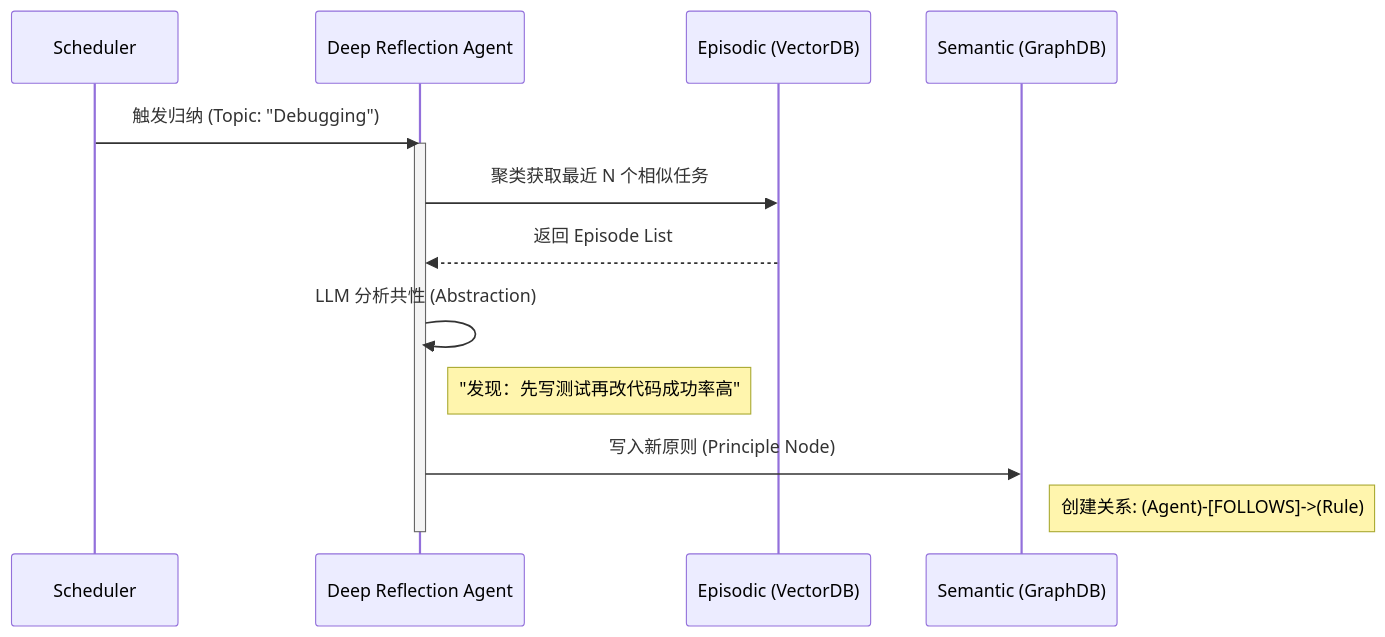
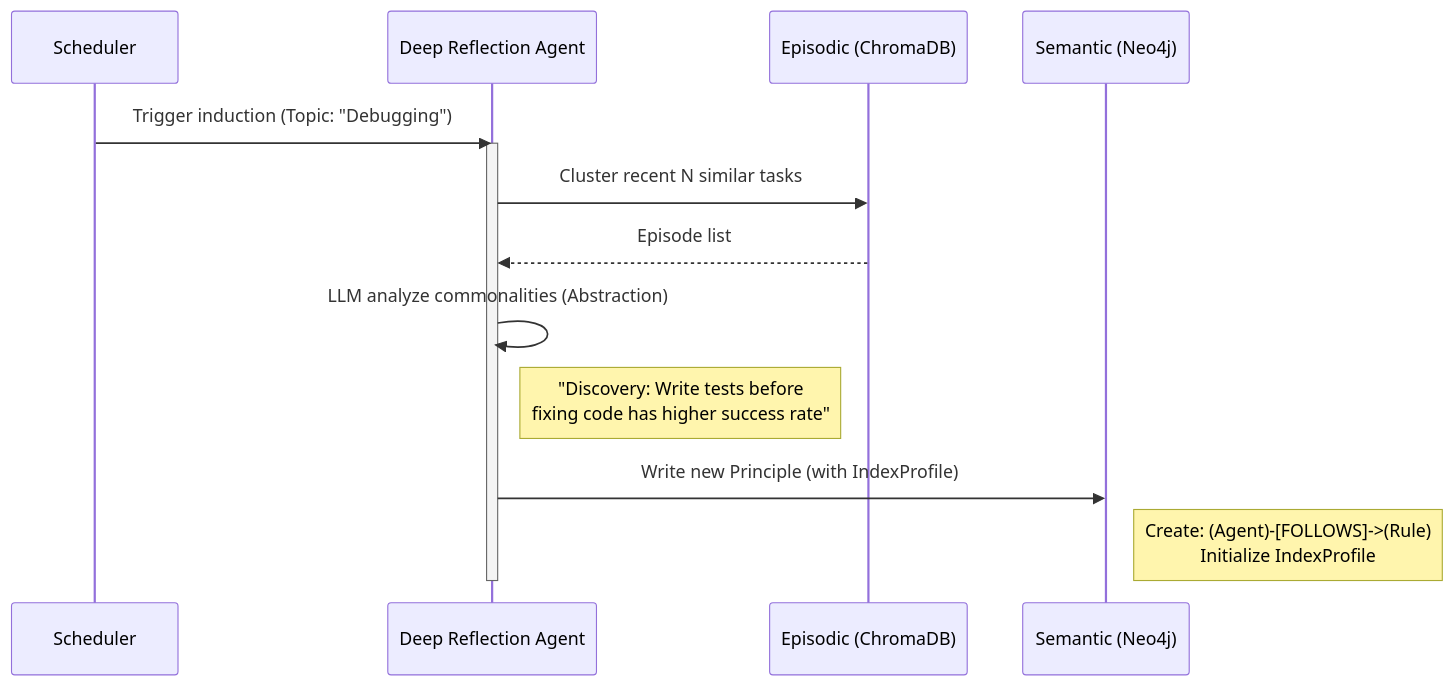
Before and after one commit to Lincyaw/h-mem: the third of 6 diagrams in docs/workflows.md, drawn with Mermaid. The commit also changed other lines of this file and 2 other files, not shown here.

````diff
--- a/docs/workflows.md
+++ b/docs/workflows.md
@@ -105,19 +252,19 @@
 ```mermaid
-sequenceDiagram  
-    participant SCH as Scheduler  
-    participant REF as Deep Reflection Agent  
-    participant VDB as Episodic (VectorDB)  
-    participant GDB as Semantic (GraphDB)
+sequenceDiagram
+    participant SCH as Scheduler
+    participant REF as Deep Reflection Agent
+    participant VDB as Episodic (ChromaDB)
+    participant GDB as Semantic (Neo4j)
 
-    SCH->>REF: 触发归纳 (Topic: "Debugging")  
-    activate REF  
-    REF->>VDB: 聚类获取最近 N 个相似任务  
-    VDB-->>REF: 返回 Episode List  
-      
-    REF->>REF: LLM 分析共性 (Abstraction)  
-    Note right of REF: "发现：先写测试再改代码成功率高"  
-      
-    REF->>GDB: 写入新原则 (Principle Node)  
-    Note right of GDB: 创建关系: (Agent)-[FOLLOWS]->(Rule)  
+    SCH->>REF: Trigger induction (Topic: "Debugging")
+    activate REF
+    REF->>VDB: Cluster recent N similar tasks
+    VDB-->>REF: Episode list
+
+    REF->>REF: LLM analyze commonalities (Abstraction)
+    Note right of REF: "Discovery: Write tests before<br/>fixing code has higher success rate"
+
+    REF->>GDB: Write new Principle (with IndexProfile)
+    Note right of GDB: Create: (Agent)-[FOLLOWS]->(Rule)<br/>Initialize IndexProfile
     deactivate REF
 ```
````
